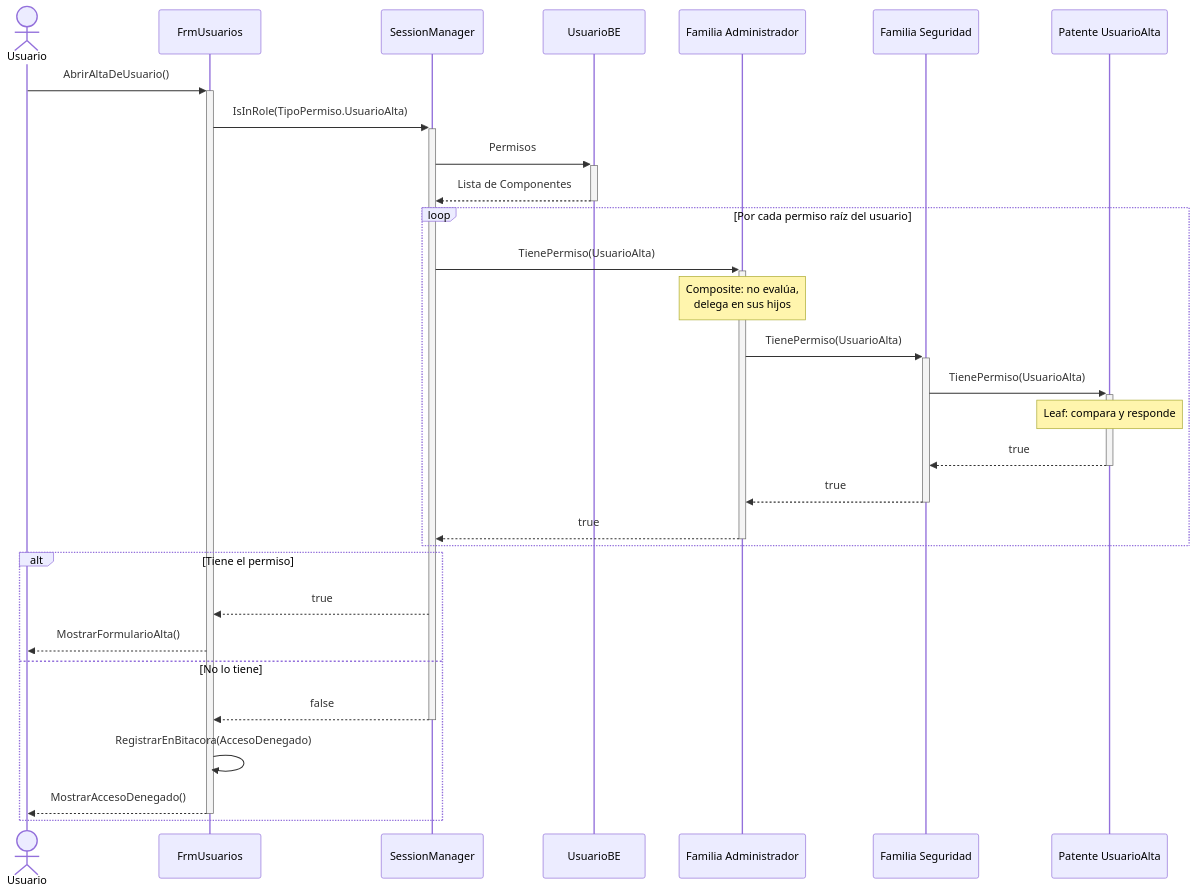
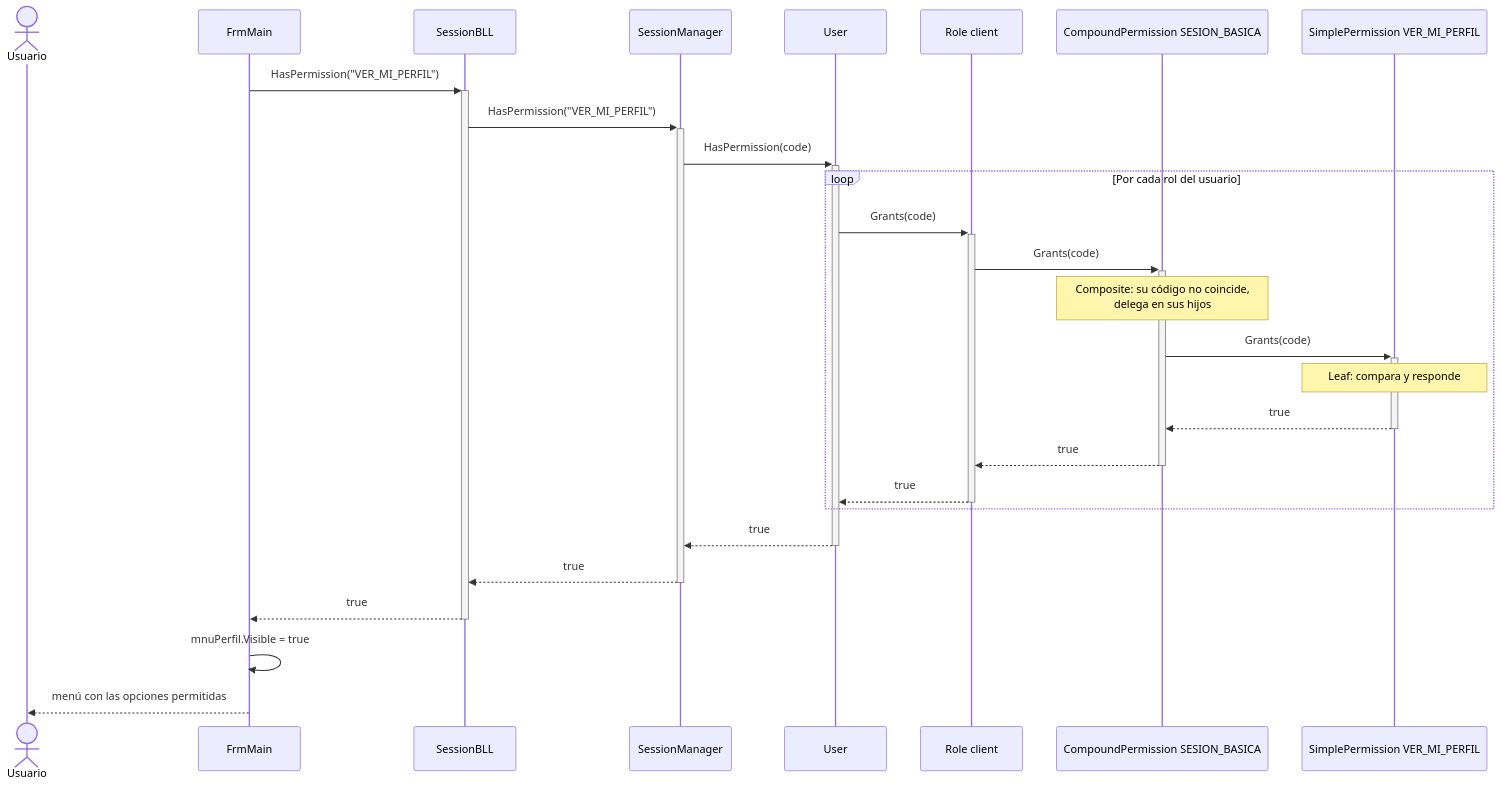
The second of 4 diagrams in docs/ERS - Especificación de Requerimientos Software/DS - Diagramas de secuencia/DS-permisos-composite.md (UAINahueLeandroDefeudi/uai-ing-soft), drawn with Mermaid before and after one commit. The commit also changed other lines of this file and 48 other files, not shown here.

First line of the commit message:
Add unit tests for composite permissions and role management

````diff
--- a/docs/ERS - Especificación de Requerimientos Software/DS - Diagramas de secuencia/DS-permisos-composite.md
+++ b/docs/ERS - Especificación de Requerimientos Software/DS - Diagramas de secuencia/DS-permisos-composite.md
@@ -57,35 +47,30 @@
 ```mermaid
 sequenceDiagram
     actor Usuario
-    participant UI as FrmUsuarios
-    participant Sess as SessionManager
-    participant U as UsuarioBE
-    participant Adm as Familia Administrador
-    participant Seg as Familia Seguridad
-    participant Pat as Patente UsuarioAlta
+    participant UI as FrmMain
+    participant SBLL as SessionBLL
+    participant SM as SessionManager
+    participant U as User
+    participant R as Role client
+    participant C as CompoundPermission SESION_BASICA
+    participant L as SimplePermission VER_MI_PERFIL
 
-    Usuario->>+UI: AbrirAltaDeUsuario()
-    UI->>+Sess: IsInRole(TipoPermiso.UsuarioAlta)
-    Sess->>+U: Permisos
-    U-->>-Sess: Lista de Componentes
-
-    loop Por cada permiso raíz del usuario
-        Sess->>+Adm: TienePermiso(UsuarioAlta)
-        Note over Adm: Composite: no evalúa,<br/>delega en sus hijos
-        Adm->>+Seg: TienePermiso(UsuarioAlta)
-        Seg->>+Pat: TienePermiso(UsuarioAlta)
-        Note over Pat: Leaf: compara y responde
-        Pat-->>-Seg: true
-        Seg-->>-Adm: true
-        Adm-->>-Sess: true
+    UI->>+SBLL: HasPermission("VER_MI_PERFIL")
+    SBLL->>+SM: HasPermission("VER_MI_PERFIL")
+    SM->>+U: HasPermission(code)
+    loop Por cada rol del usuario
+        U->>+R: Grants(code)
+        R->>+C: Grants(code)
+        Note over C: Composite: su código no coincide,<br/>delega en sus hijos
+        C->>+L: Grants(code)
+        Note over L: Leaf: compara y responde
+        L-->>-C: true
+        C-->>-R: true
+        R-->>-U: true
     end
-
-    alt Tiene el permiso
-        Sess-->>UI: true
-        UI-->>Usuario: MostrarFormularioAlta()
-    else No lo tiene
-        Sess-->>-UI: false
-        UI->>UI: RegistrarEnBitacora(AccesoDenegado)
-        UI-->>-Usuario: MostrarAccesoDenegado()
-    end
+    U-->>-SM: true
+    SM-->>-SBLL: true
+    SBLL-->>-UI: true
+    UI->>UI: mnuPerfil.Visible = true
+    UI-->>Usuario: menú con las opciones permitidas
 ```
````
